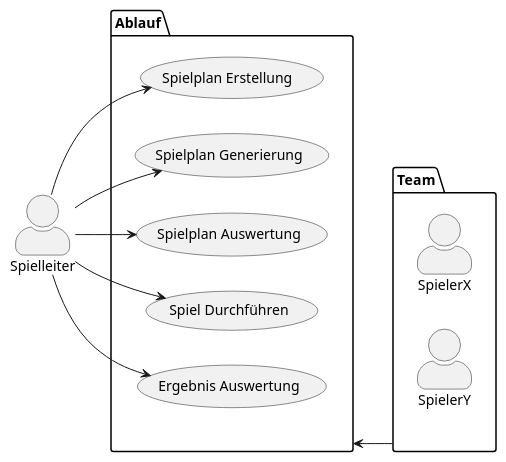
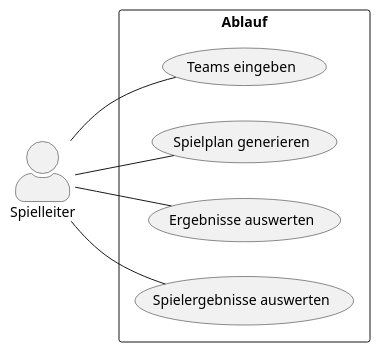
Before and after one commit to htl-leonding-project/2022-4ahif-autohaus: the diagram in asciidocs/plantuml/tournament.puml, drawn with PlantUML. The commit also changed 1 other file, not shown here.

Commit message:
Changed Use Case Diagram

```diff
--- a/asciidocs/plantuml/tournament.puml
+++ b/asciidocs/plantuml/tournament.puml
@@ -1,26 +1,18 @@
 @startuml
 left to right direction
 skinparam actorStyle awesome
 actor Spielleiter as s
-package Team as team{
-  actor SpielerX as x
-  actor "SpielerY" as y
+
+rectangle Ablauf as ablauf {
+  usecase "Teams eingeben" as teameingabe
+  usecase "Spielplan generieren" as spielplangenerierung
+  usecase "Ergebnisse auswerten" as ergebnisseeintragen
+  usecase "Spielergebnisse auswerten" as ergebnisseauswerten
 }
 
-
-package Ablauf as ablauf {
-  usecase "Spielplan Erstellung " as UC1
-  usecase "Spielplan Generierung" as UC2
-  usecase "Spielplan Auswertung" as UC3
-  usecase "Spiel Durchführen" as UC4
-  usecase "Ergebnis Auswertung" as UC5
-}
-
-ablauf <-- team
-s --> UC1
-s --> UC2
-s --> UC3
-s --> UC4
-s --> UC5
+s -- teameingabe
+s -- spielplangenerierung
+s -- ergebnisseeintragen
+s -- ergebnisseauswerten
 
 @enduml
```
